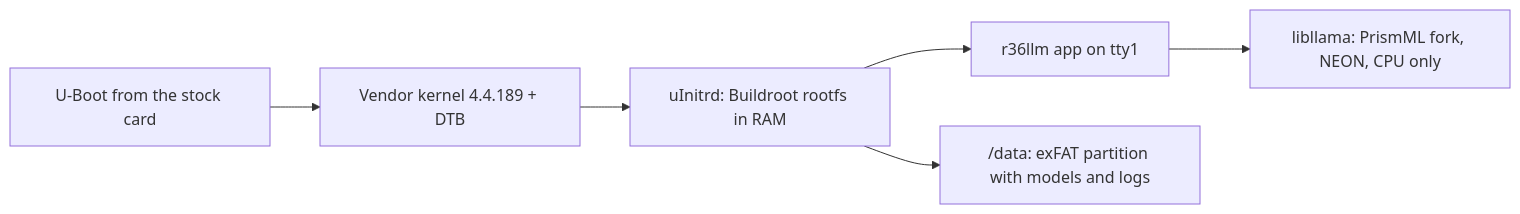
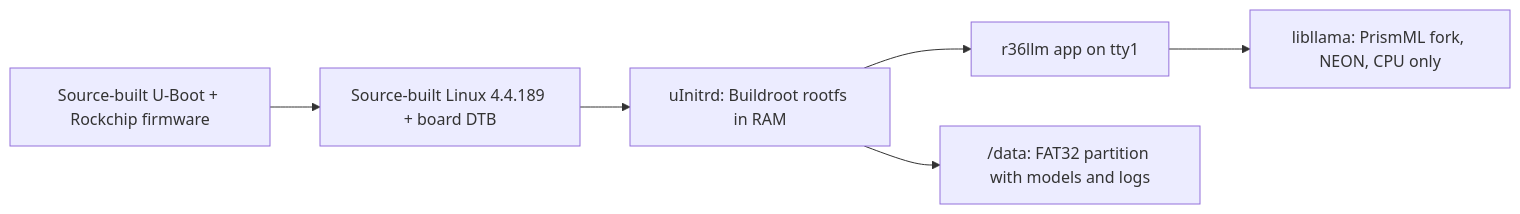
Before and after one commit to 0bAndyWirus/r36llm: the diagram in README.md, drawn with Mermaid. The commit also changed other lines of this file and 19 other files, not shown here.

Commit message:
Source-built 4.4 release image: kernel, U-Boot, genimage, first-boot data grow

````diff
--- a/README.md
+++ b/README.md
@@ -29,8 +29,8 @@
 ```mermaid
 flowchart LR
-    U["U-Boot from the stock card"] --> K["Vendor kernel 4.4.189 + DTB"]
+    U["Source-built U-Boot + Rockchip firmware"] --> K["Source-built Linux 4.4.189 + board DTB"]
     K --> I["uInitrd: Buildroot rootfs in RAM"]
     I --> A["r36llm app on tty1"]
     A --> L["libllama: PrismML fork, NEON, CPU only"]
-    I --> D["/data: exFAT partition with models and logs"]
+    I --> D["/data: FAT32 partition with models and logs"]
 ```
````
